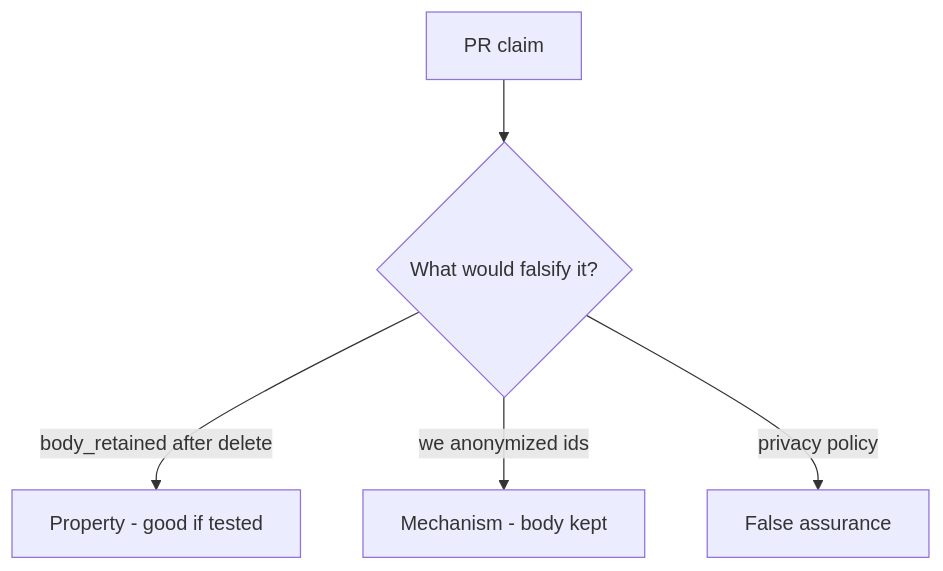
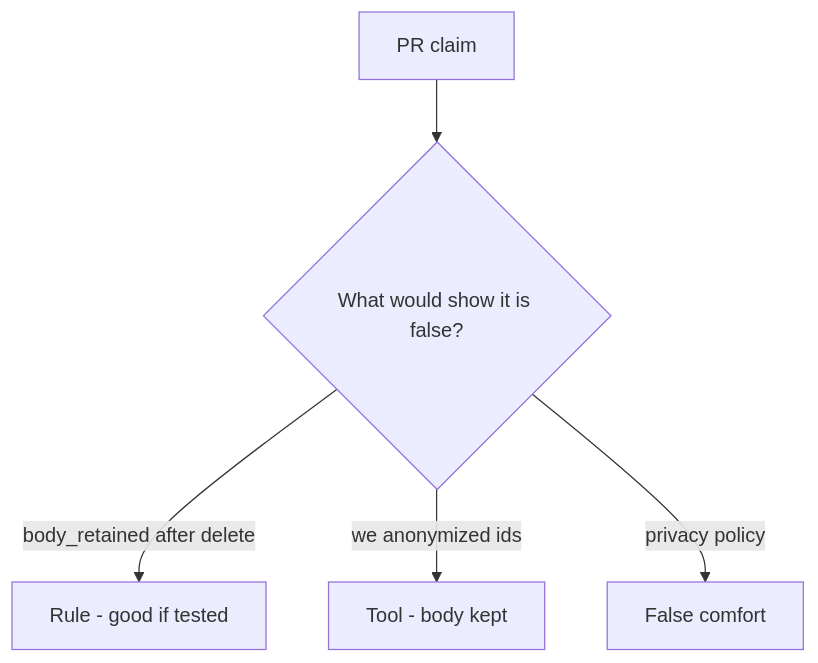
One commit to ishitvagoel/LearnSecurity changed the diagram in content/modules/5/5.1/lessons/08-review.md. Above: the diagram before and after it, drawn with Mermaid. The commit also changed other lines of this file and 39 other files, not shown here.

````diff
--- a/content/modules/5/5.1/lessons/08-review.md
+++ b/content/modules/5/5.1/lessons/08-review.md
@@ -17,7 +18,7 @@
 ```mermaid
 flowchart TD
-  Claim[PR claim] --> Q{"What would falsify it?"}
-  Q -->|"body_retained after delete"| Property["Property - good if tested"]
-  Q -->|"we anonymized ids"| Mechanism[Mechanism - body kept]
-  Q -->|"privacy policy"| False[False assurance]
+  Claim[PR claim] --> Q{"What would show it is false?"}
+  Q -->|"body_retained after delete"| Property["Rule - good if tested"]
+  Q -->|"we anonymized ids"| Mechanism[Tool - body kept]
+  Q -->|"privacy policy"| False[False comfort]
 ```
````
